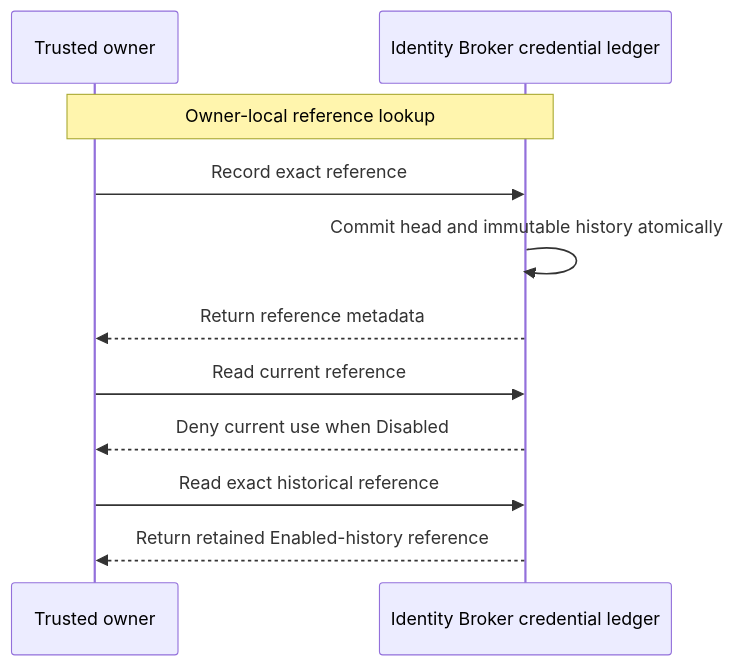
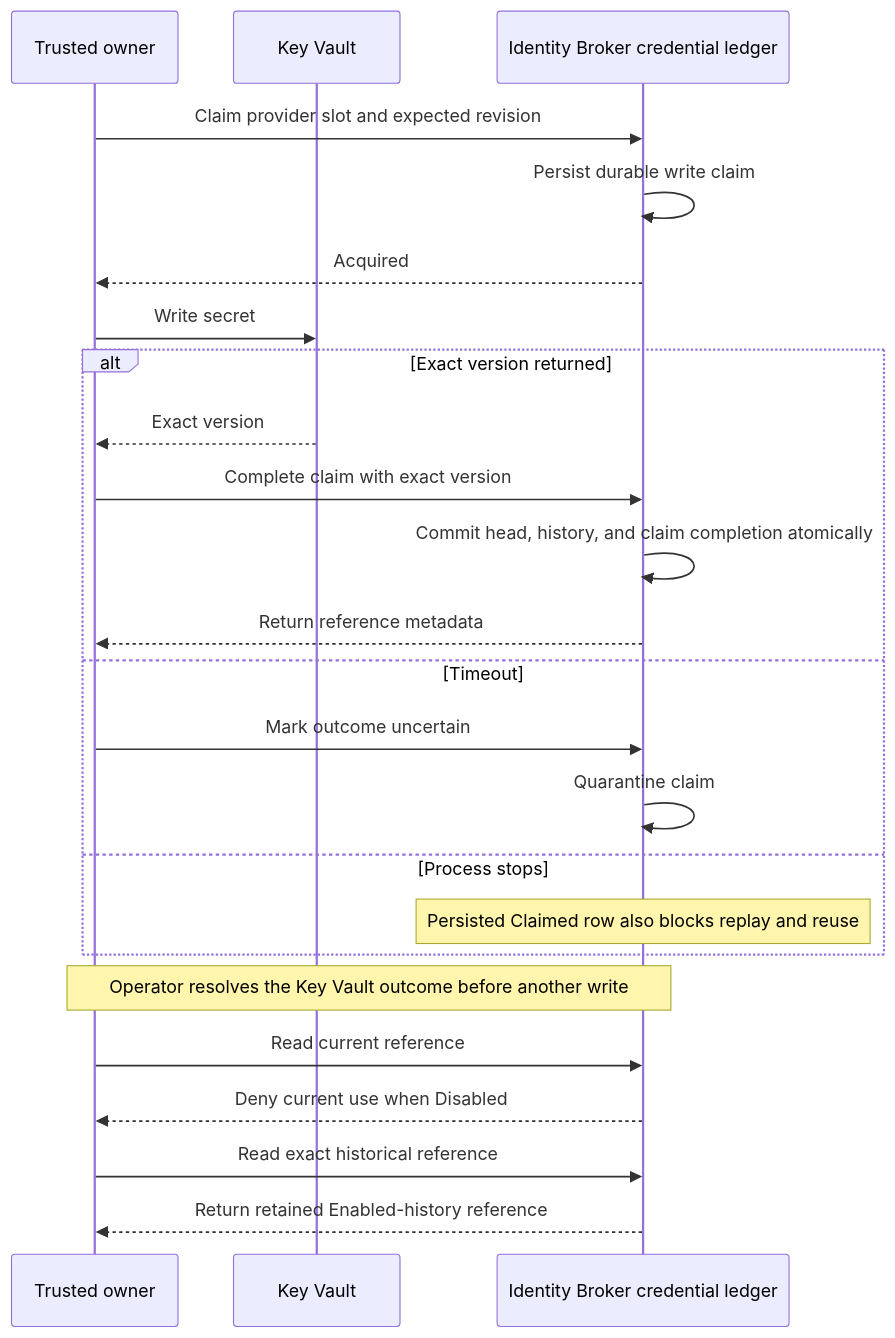
Before and after one commit to sabbour/agentweaver: the second of 4 diagrams in docs/architecture/identity-secrets.md, drawn with Mermaid. The commit also changed other lines of this file and 14 other files, not shown here.

Commit message:
feat(identity): journal model-provider Key Vault writes (#2636)

````diff
--- a/docs/architecture/identity-secrets.md
+++ b/docs/architecture/identity-secrets.md
@@ -157,13 +171,26 @@
 ```mermaid
 sequenceDiagram
     participant Owner as Trusted owner
+    participant Vault as Key Vault
     participant Ledger as Identity Broker credential ledger
-    Note over Owner,Ledger: Owner-local reference lookup
-    Owner->>Ledger: Record exact reference
-    Ledger->>Ledger: Commit head and immutable history atomically
-    Ledger-->>Owner: Return reference metadata
+    Owner->>Ledger: Claim provider slot and expected revision
+    Ledger->>Ledger: Persist durable write claim
+    Ledger-->>Owner: Acquired
+    Owner->>Vault: Write secret
+    alt Exact version returned
+        Vault-->>Owner: Exact version
+        Owner->>Ledger: Complete claim with exact version
+        Ledger->>Ledger: Commit head, history, and claim completion atomically
+        Ledger-->>Owner: Return reference metadata
+    else Timeout
+        Owner->>Ledger: Mark outcome uncertain
+        Ledger->>Ledger: Quarantine claim
+    else Process stops
+        Note over Ledger: Persisted Claimed row also blocks replay and reuse
+    end
+    Note over Owner,Ledger: Operator resolves the Key Vault outcome before another write
     Owner->>Ledger: Read current reference
     Ledger-->>Owner: Deny current use when Disabled
     Owner->>Ledger: Read exact historical reference
     Ledger-->>Owner: Return retained Enabled-history reference
 ```
````
